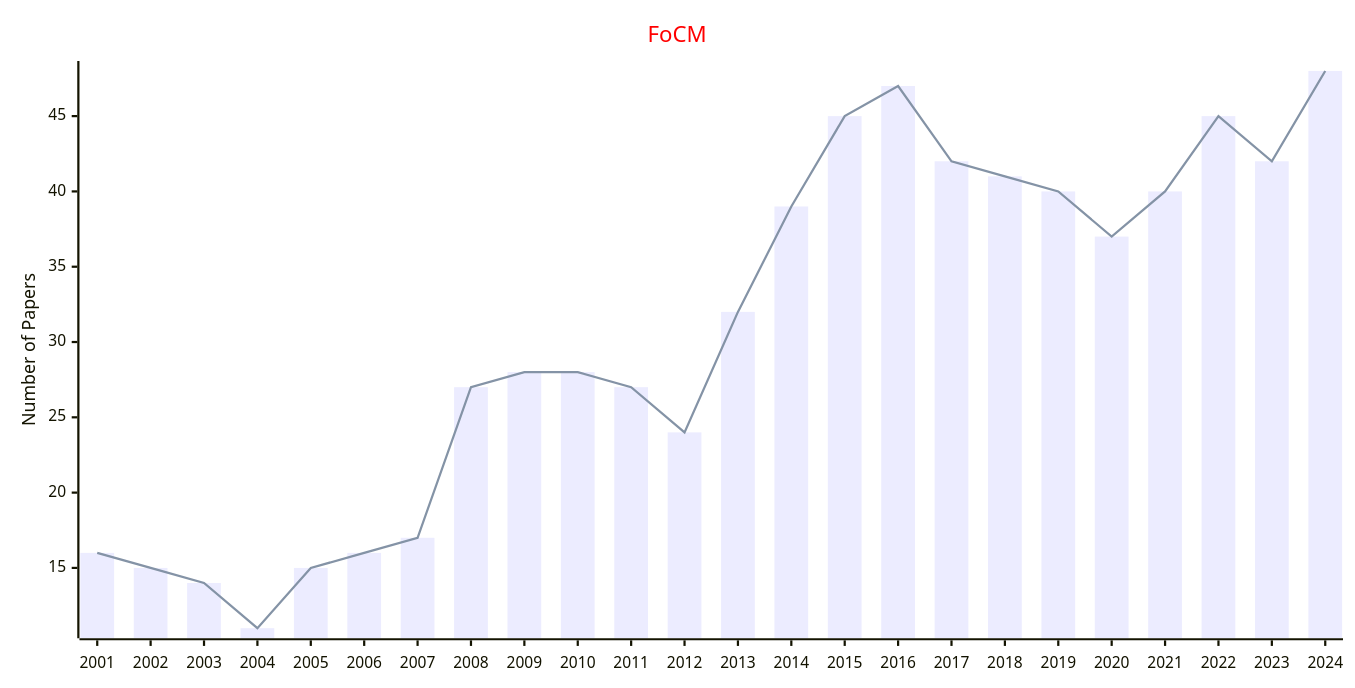
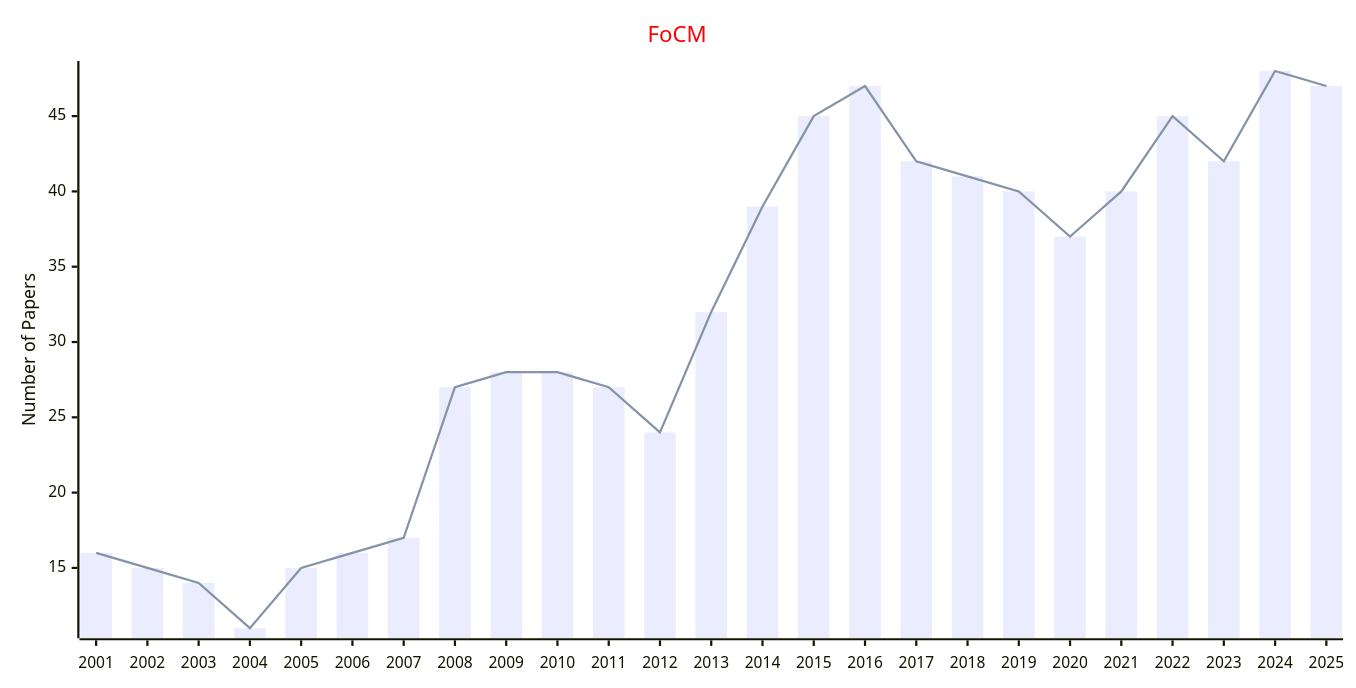
One commit to Easy-PhD/AILinks changed the sixth of 6 diagrams in docs/data/Journals/Statistics_Journals/Computational_Mathematics.md. Above: the diagram before and after it, drawn with Mermaid. The commit also changed other lines of this file and 107 other files, not shown here.

````diff
--- a/docs/data/Journals/Statistics_Journals/Computational_Mathematics.md
+++ b/docs/data/Journals/Statistics_Journals/Computational_Mathematics.md
@@ -129,17 +129,17 @@
 ```mermaid
 ---
 config:
     xyChart:
         width: 1200
         height: 600
     themeVariables:
         xyChart:
             titleColor: "#ff0000"
 ---
 xychart-beta
     title "FoCM"
-    x-axis [2001, 2002, 2003, 2004, 2005, 2006, 2007, 2008, 2009, 2010, 2011, 2012, 2013, 2014, 2015, 2016, 2017, 2018, 2019, 2020, 2021, 2022, 2023, 2024]
+    x-axis [2001, 2002, 2003, 2004, 2005, 2006, 2007, 2008, 2009, 2010, 2011, 2012, 2013, 2014, 2015, 2016, 2017, 2018, 2019, 2020, 2021, 2022, 2023, 2024, 2025]
     y-axis "Number of Papers"
-    bar [16, 15, 14, 11, 15, 16, 17, 27, 28, 28, 27, 24, 32, 39, 45, 47, 42, 41, 40, 37, 40, 45, 42, 48]
-    line [16, 15, 14, 11, 15, 16, 17, 27, 28, 28, 27, 24, 32, 39, 45, 47, 42, 41, 40, 37, 40, 45, 42, 48]
+    bar [16, 15, 14, 11, 15, 16, 17, 27, 28, 28, 27, 24, 32, 39, 45, 47, 42, 41, 40, 37, 40, 45, 42, 48, 47]
+    line [16, 15, 14, 11, 15, 16, 17, 27, 28, 28, 27, 24, 32, 39, 45, 47, 42, 41, 40, 37, 40, 45, 42, 48, 47]
 ```
````
